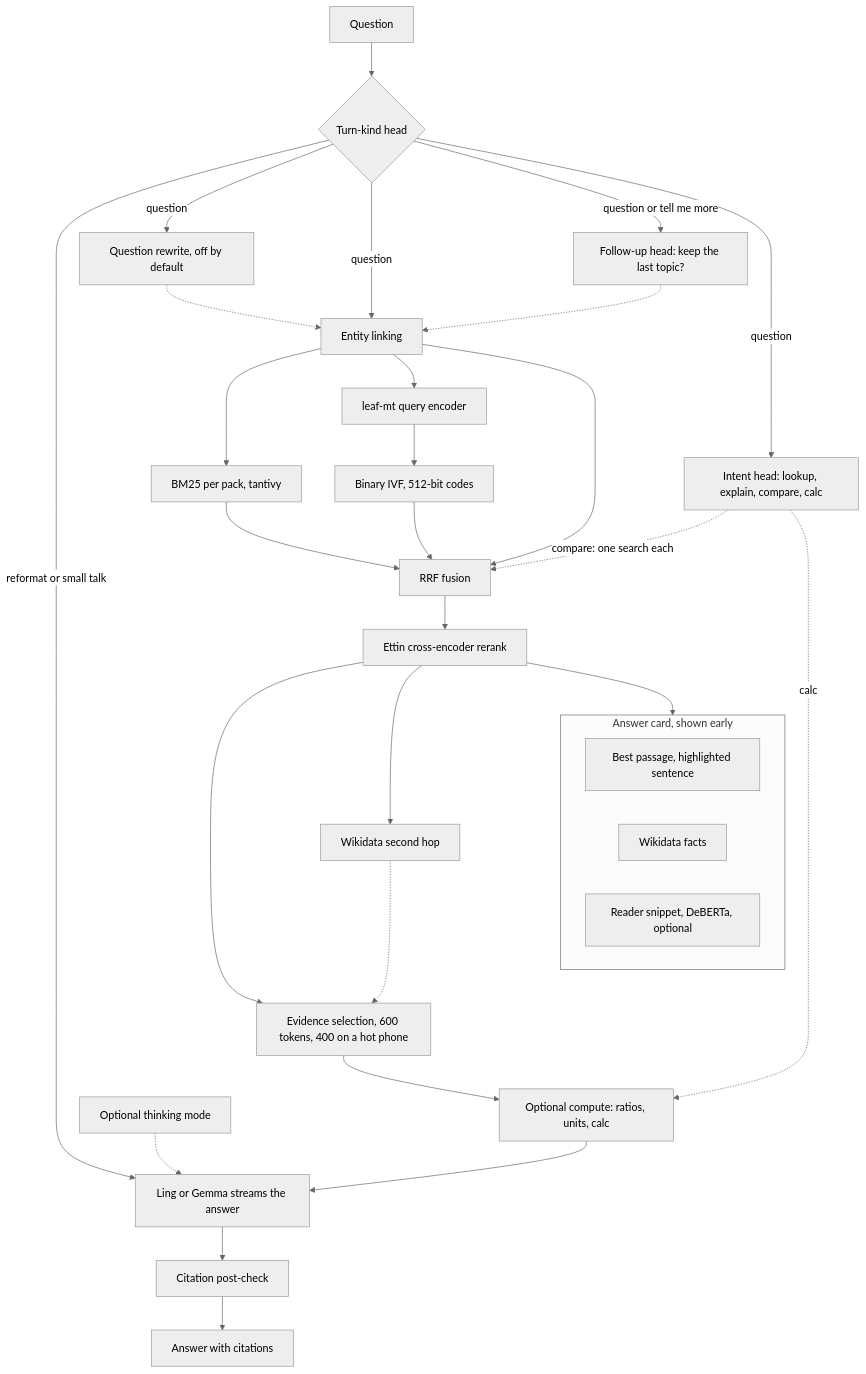
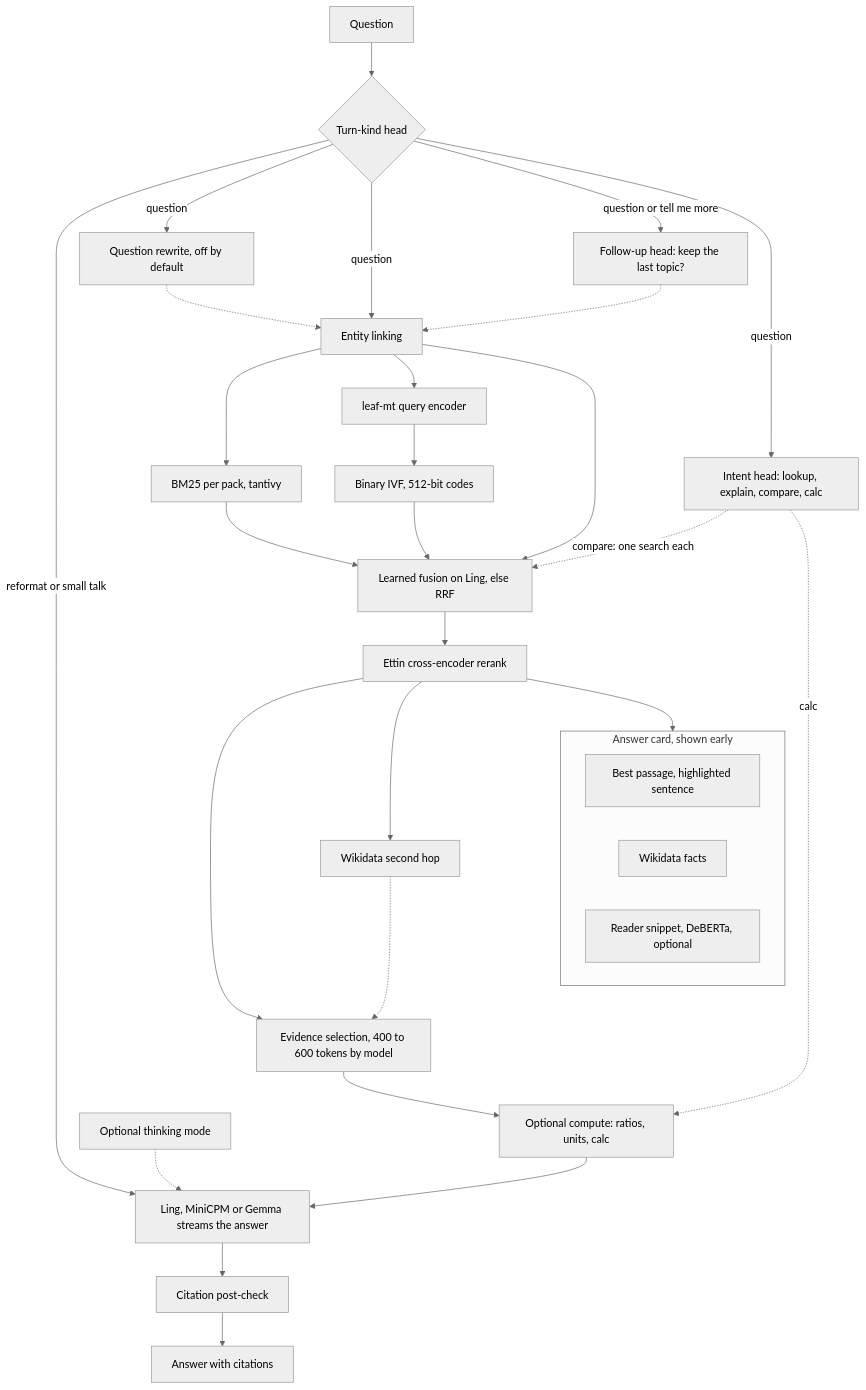
Before and after one commit to zqf20096327/ai_collect: the third of 3 diagrams in data/readmes/0xPD33__commonplace.md, drawn with Mermaid (neutral theme). The commit also changed other lines of this file and 1896 other files, not shown here.

````diff
--- a/data/readmes/0xPD33__commonplace.md
+++ b/data/readmes/0xPD33__commonplace.md
@@ -213,34 +212,34 @@
 ```mermaid
 flowchart TD
   Q["Question"] --> TK{"Turn-kind head"}
   TK -->|"reformat or small talk"| GEN
   TK -->|"question"| REW["Question rewrite, off by default"]
   TK -->|"question"| ENT["Entity linking"]
   TK -->|"question or tell me more"| FU["Follow-up head: keep the last topic?"]
   FU -.-> ENT
   REW -.-> ENT
   TK -->|"question"| INT["Intent head: lookup, explain, compare, calc"]
   ENT --> BM25["BM25 per pack, tantivy"]
   ENT --> ENC["leaf-mt query encoder"]
   ENC --> IVF["Binary IVF, 512-bit codes"]
-  BM25 --> RRF["RRF fusion"]
+  BM25 --> RRF["Learned fusion on Ling, else RRF"]
   IVF --> RRF
   ENT --> RRF
   INT -.->|"compare: one search each"| RRF
   RRF --> RR["Ettin cross-encoder rerank"]
   RR --> CARD
   subgraph CARD["Answer card, shown early"]
     P["Best passage, highlighted sentence"]
     F["Wikidata facts"]
     R["Reader snippet, DeBERTa, optional"]
   end
-  RR --> EV["Evidence selection, 600 tokens, 400 on a hot phone"]
+  RR --> EV["Evidence selection, 400 to 600 tokens by model"]
   RR --> HOP["Wikidata second hop"]
   HOP -.-> EV
   EV --> COMP["Optional compute: ratios, units, calc"]
   INT -.->|"calc"| COMP
-  COMP --> GEN["Ling or Gemma streams the answer"]
+  COMP --> GEN["Ling, MiniCPM or Gemma streams the answer"]
   THINK["Optional thinking mode"] -.-> GEN
   GEN --> CHK["Citation post-check"]
   CHK --> ANS["Answer with citations"]
 ```
````
